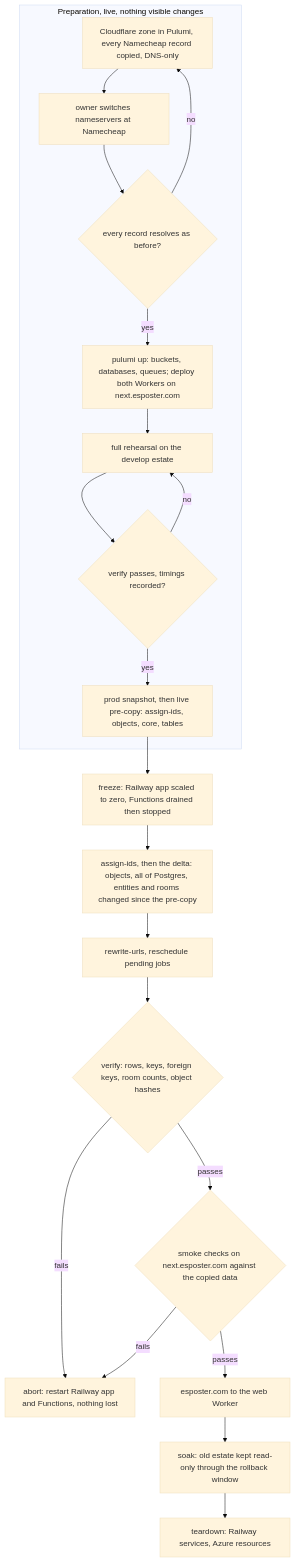
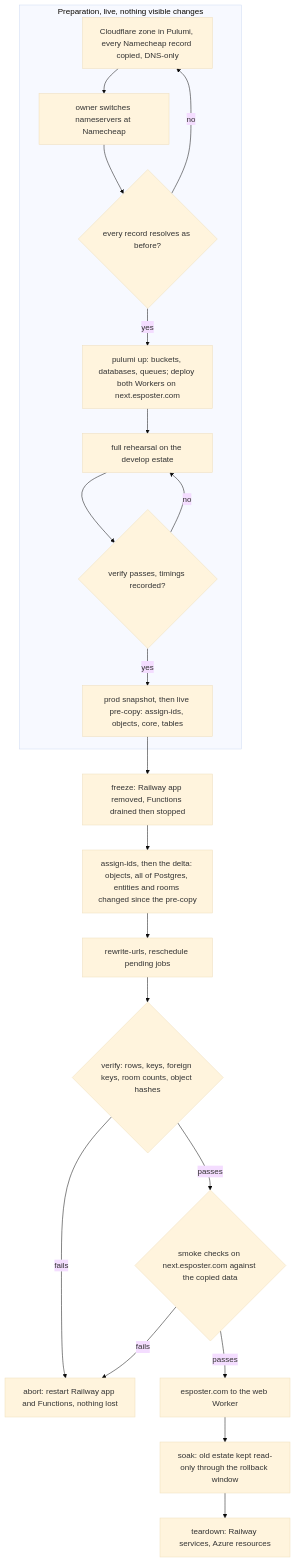
Before and after one commit to Esposter/Esposter: the diagram in openspec/changes/infra-cloudflare-cutover/design.md, drawn with Mermaid (base theme). The commit also changed other lines of this file and 1 other file, not shown here.

First line of the commit message:
docs(cutover): the freeze is a removed Railway deployment with its source disconnected, rehearsed on develop

````diff
--- a/openspec/changes/infra-cloudflare-cutover/design.md
+++ b/openspec/changes/infra-cloudflare-cutover/design.md
@@ -21,23 +21,23 @@
 ```mermaid
 flowchart TD
   subgraph PREP["Preparation, live, nothing visible changes"]
     Z["Cloudflare zone in Pulumi, every Namecheap record copied, DNS-only"] --> NS["owner switches nameservers at Namecheap"]
     NS --> NSV{"every record resolves as before?"}
     NSV -->|"no"| Z
     NSV -->|"yes"| RES["pulumi up: buckets, databases, queues; deploy both Workers on next.esposter.com"]
     RES --> REH["full rehearsal on the develop estate"]
     REH --> REHV{"verify passes, timings recorded?"}
     REHV -->|"no"| REH
     REHV -->|"yes"| PRE["prod snapshot, then live pre-copy: assign-ids, objects, core, tables"]
   end
-  PRE --> FREEZE["freeze: Railway app scaled to zero, Functions drained then stopped"]
+  PRE --> FREEZE["freeze: Railway app removed, Functions drained then stopped"]
   FREEZE --> DELTA["assign-ids, then the delta: objects, all of Postgres, entities and rooms changed since the pre-copy"]
   DELTA --> RESCH["rewrite-urls, reschedule pending jobs"]
   RESCH --> V{"verify: rows, keys, foreign keys, room counts, object hashes"}
   V -->|"fails"| ABORT["abort: restart Railway app and Functions, nothing lost"]
   V -->|"passes"| SMOKE{"smoke checks on next.esposter.com against the copied data"}
   SMOKE -->|"fails"| ABORT
   SMOKE -->|"passes"| SWITCH["esposter.com to the web Worker"]
   SWITCH --> SOAK["soak: old estate kept read-only through the rollback window"]
   SOAK --> TEAR["teardown: Railway services, Azure resources"]
 ```
````
